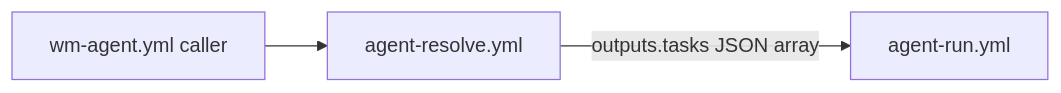
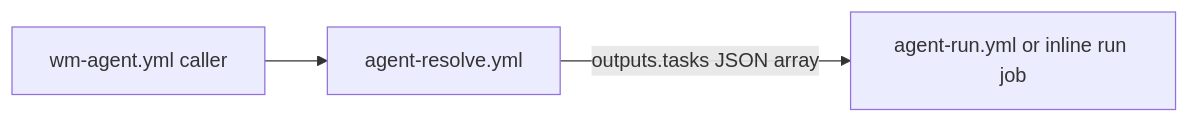
Before and after one commit to an-lee/gh-wm: the second of 2 diagrams in docs/content/architecture.md, drawn with Mermaid. The commit also changed other lines of this file and 13 other files, not shown here.

````diff
--- a/docs/content/architecture.md
+++ b/docs/content/architecture.md
@@ -65,9 +68,9 @@
 ```mermaid
 flowchart LR
   Caller[wm-agent.yml caller]
   ResolveJob[agent-resolve.yml]
-  RunJob[agent-run.yml]
+  RunJob[agent-run.yml or inline run job]
 
   Caller --> ResolveJob
   ResolveJob -->|"outputs.tasks JSON array"| RunJob
 ```
````
